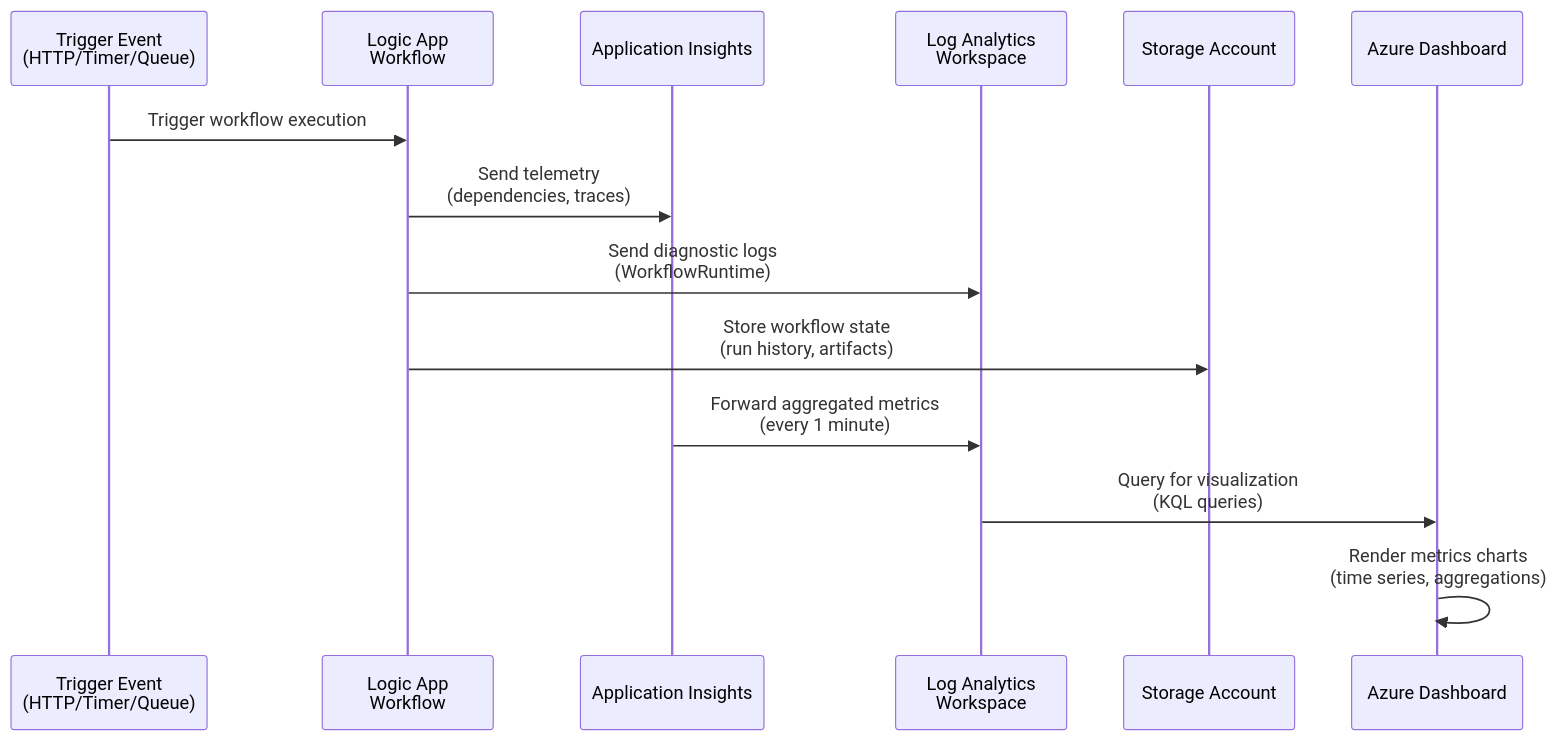
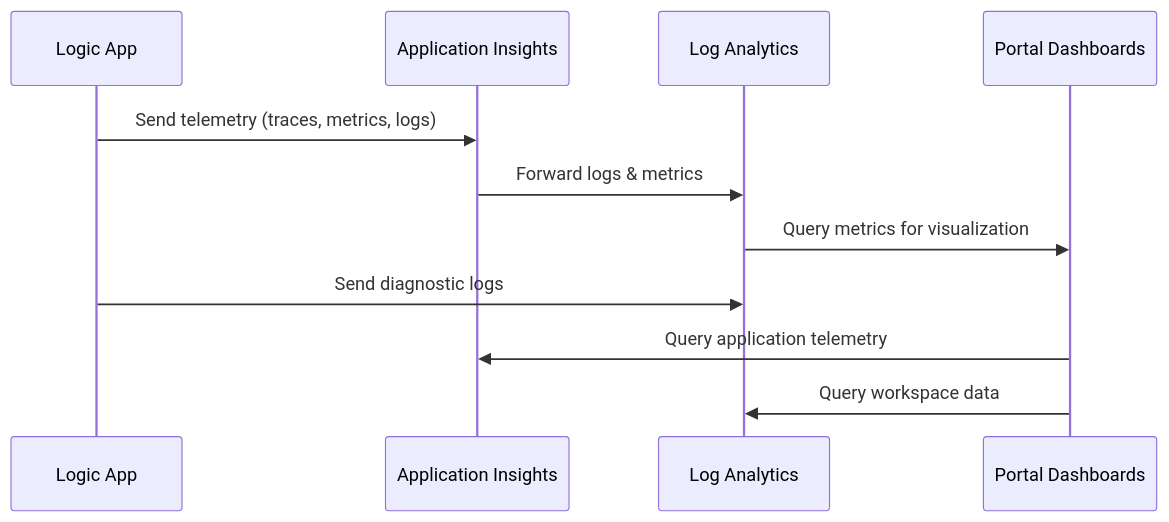
One commit to Evilazaro/Azure-LogicApps-Monitoring changed the second of 2 diagrams in README.md. Above: the diagram before and after it, drawn with Mermaid. The commit also changed other lines of this file and 2 other files, not shown here.

Commit message:
Update Mermaid

````diff
--- a/README.md
+++ b/README.md
@@ -291,17 +314,14 @@
 ```mermaid
 sequenceDiagram
-    participant T as Trigger Event<br/>(HTTP/Timer/Queue)
-    participant LA as Logic App<br/>Workflow
+    participant LA as Logic App
     participant AI as Application Insights
-    participant LAW as Log Analytics<br/>Workspace
-    participant SA as Storage Account
-    participant D as Azure Dashboard
-    
-    T->>LA: Trigger workflow execution
-    LA->>AI: Send telemetry<br/>(dependencies, traces)
-    LA->>LAW: Send diagnostic logs<br/>(WorkflowRuntime)
-    LA->>SA: Store workflow state<br/>(run history, artifacts)
-    AI->>LAW: Forward aggregated metrics<br/>(every 1 minute)
-    LAW->>D: Query for visualization<br/>(KQL queries)
-    D->>D: Render metrics charts<br/>(time series, aggregations)
+    participant LAW as Log Analytics
+    participant DASH as Portal Dashboards
+
+    LA->>AI: Send telemetry (traces, metrics, logs)
+    AI->>LAW: Forward logs & metrics
+    LAW->>DASH: Query metrics for visualization
+    LA->>LAW: Send diagnostic logs
+    DASH->>AI: Query application telemetry
+    DASH->>LAW: Query workspace data
 ```
````
